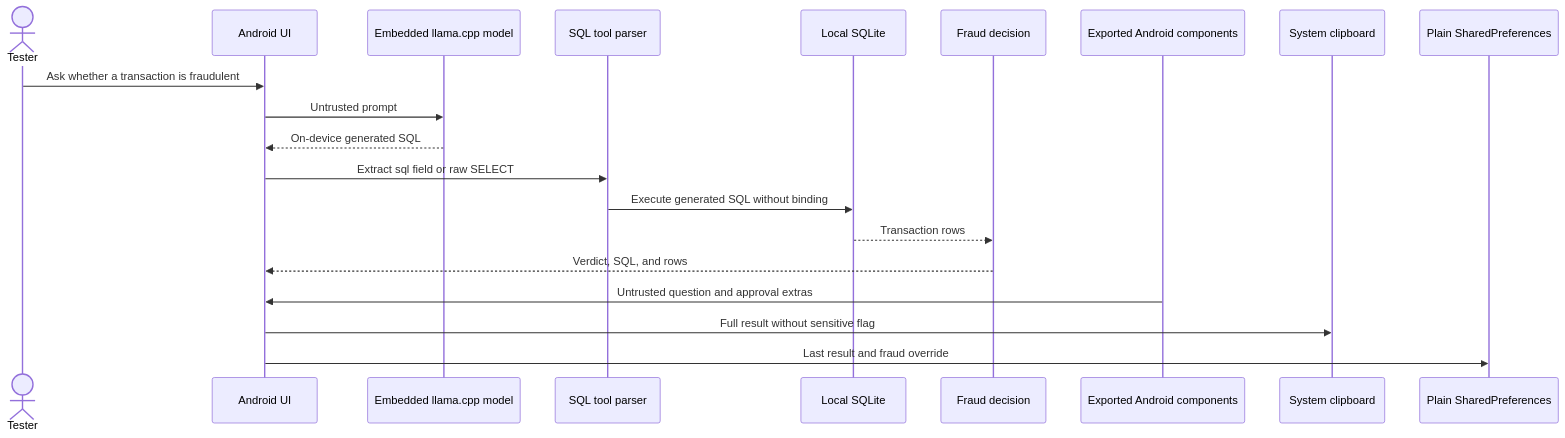
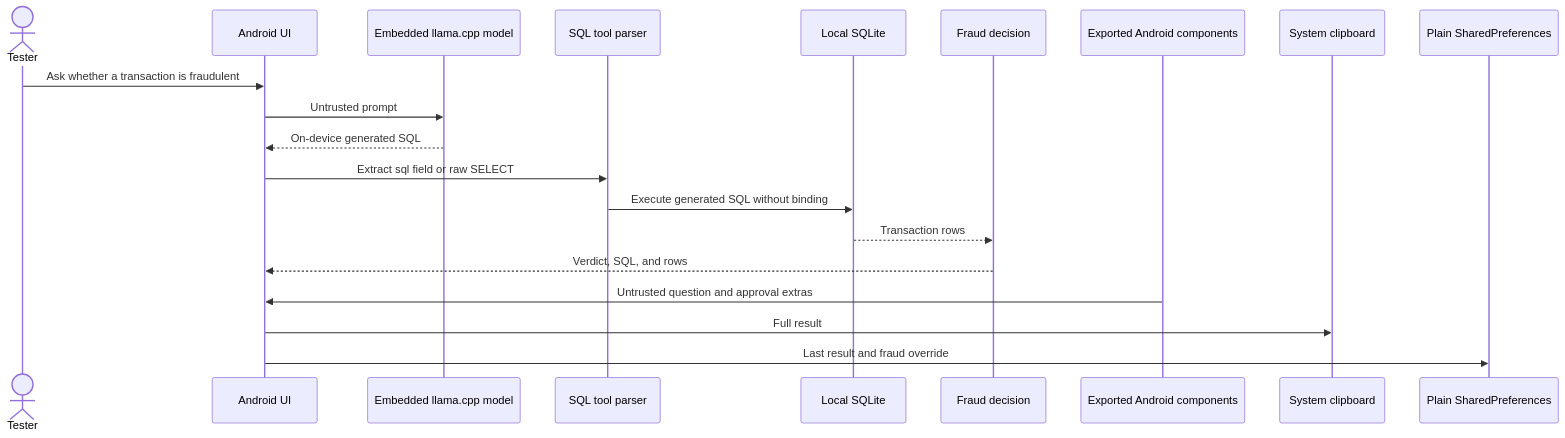
The diagram in docs/architecture.md (owaspcornucopia/llm-companion-scenario-android), drawn with Mermaid before and after one commit. The commit also changed other lines of this file and 5 other files, not shown here.

````diff
--- a/docs/architecture.md
+++ b/docs/architecture.md
@@ -9,23 +9,23 @@
 ```mermaid
 sequenceDiagram
     actor Tester
     participant UI as Android UI
     participant Model as Embedded llama.cpp model
     participant Parser as SQL tool parser
     participant DB as Local SQLite
     participant Decision as Fraud decision
     participant IPC as Exported Android components
     participant Clipboard as System clipboard
     participant Prefs as Plain SharedPreferences
 
     Tester->>UI: Ask whether a transaction is fraudulent
     UI->>Model: Untrusted prompt
     Model-->>UI: On-device generated SQL
     UI->>Parser: Extract sql field or raw SELECT
     Parser->>DB: Execute generated SQL without binding
     DB-->>Decision: Transaction rows
     Decision-->>UI: Verdict, SQL, and rows
     IPC->>UI: Untrusted question and approval extras
-    UI->>Clipboard: Full result without sensitive flag
+    UI->>Clipboard: Full result
     UI->>Prefs: Last result and fraud override
 ```
````
